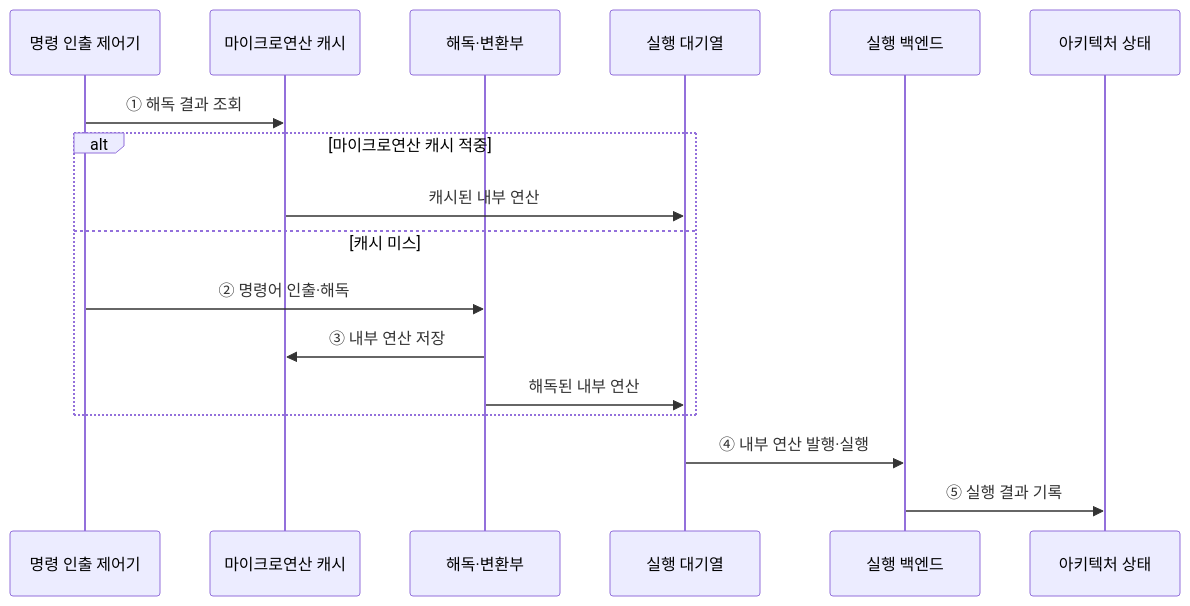
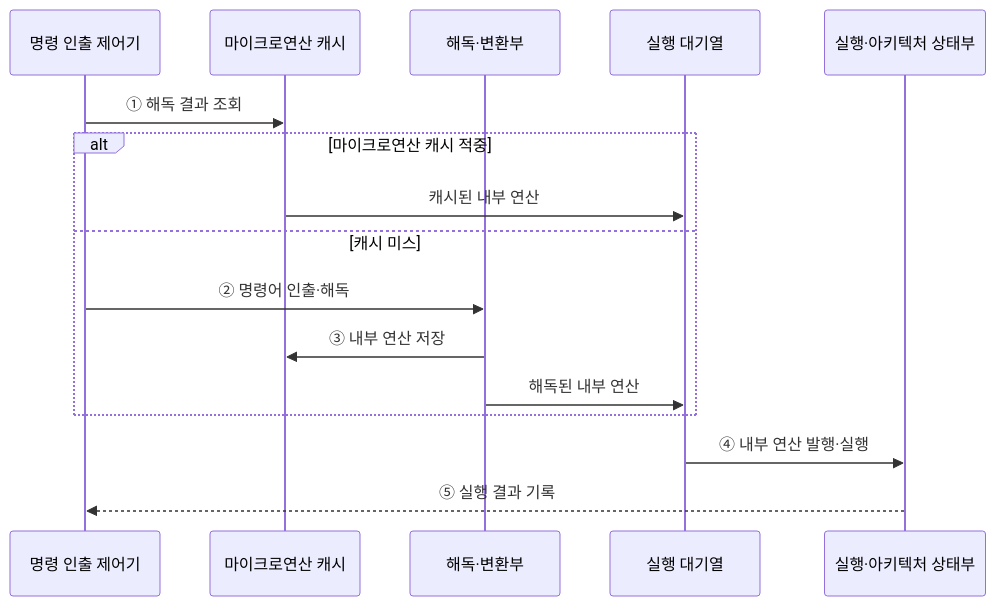
One commit to agnusdei1207/knowledge-base changed the second of 2 diagrams in src/content/docs/notes/02-hardware/003_risc_vs_cisc.md. Above: the diagram before and after it, drawn with Mermaid. The commit also changed other lines of this file and 20 other files, not shown here.

````diff
--- a/src/content/docs/notes/02-hardware/003_risc_vs_cisc.md
+++ b/src/content/docs/notes/02-hardware/003_risc_vs_cisc.md
@@ -86,19 +86,18 @@
 ```mermaid
 sequenceDiagram
     participant F as 명령 인출 제어기
     participant U as 마이크로연산 캐시
     participant D as 해독·변환부
     participant Q as 실행 대기열
-    participant E as 실행 백엔드
-    participant R as 아키텍처 상태
+    participant E as 실행·아키텍처 상태부
     F->>U: ① 해독 결과 조회
     alt 마이크로연산 캐시 적중
         U->>Q: 캐시된 내부 연산
     else 캐시 미스
         F->>D: ② 명령어 인출·해독
         D->>U: ③ 내부 연산 저장
         D->>Q: 해독된 내부 연산
     end
     Q->>E: ④ 내부 연산 발행·실행
-    E->>R: ⑤ 실행 결과 기록
+    E-->>F: ⑤ 실행 결과 기록
 ```
````
